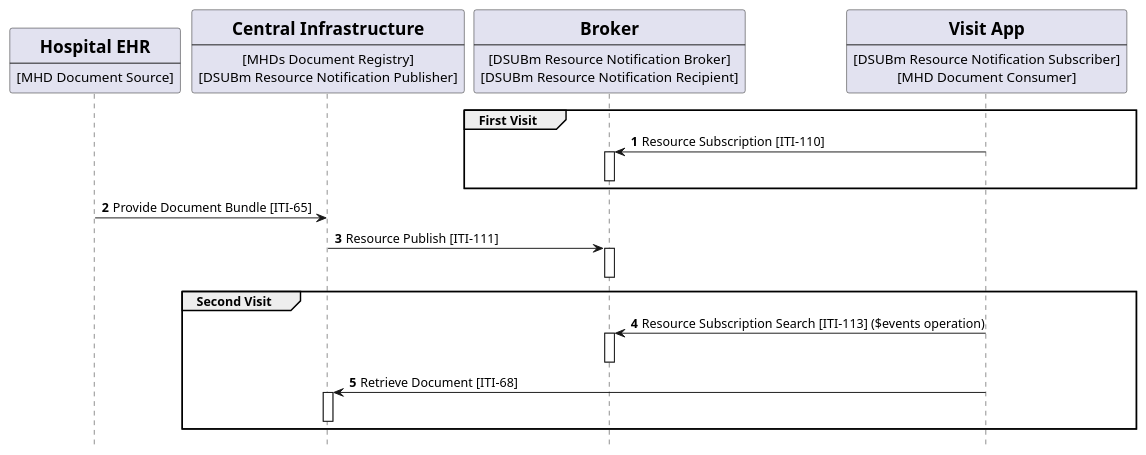
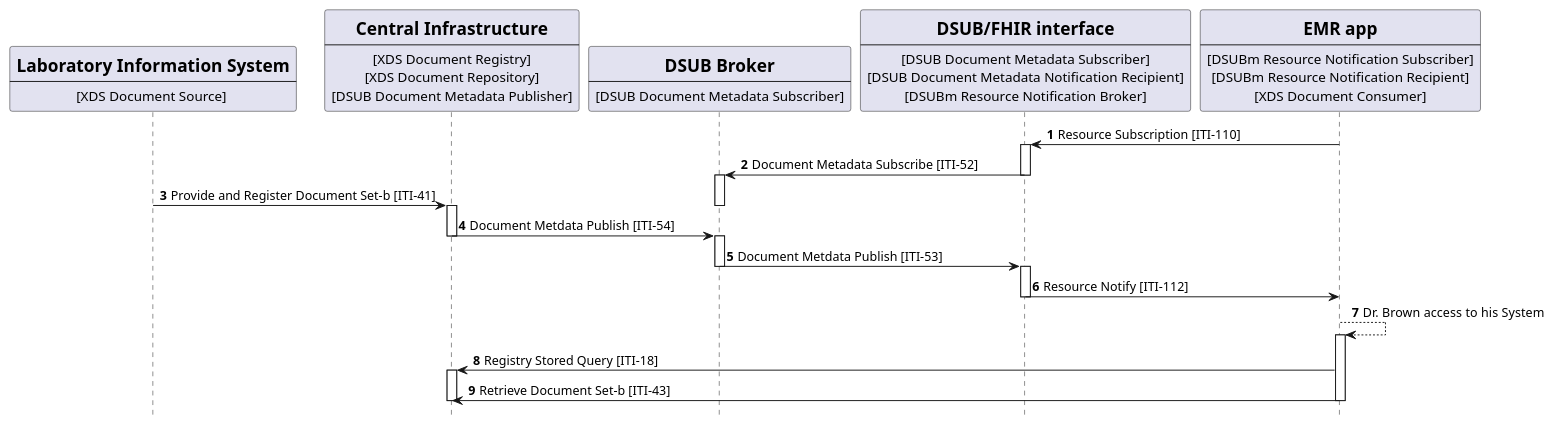
The diagram in input/images-source/usecase7-processflow.plantuml (IHE/ITI.DSUBm), drawn with PlantUML before and after one commit. The commit also changed 1 other file, not shown here.

```diff
--- a/input/images-source/usecase7-processflow.plantuml
+++ b/input/images-source/usecase7-processflow.plantuml
@@ -1,55 +1,80 @@
 @startuml
 skinparam svgDimensionStyle false
 hide footbox
+/' title "patientDependent Subscription" '/
 
-/'title "Subscription with DSUBm on MHDs infrastructure with pull notification" '/
-participant HospitalEHR [
-    = Hospital EHR
-    ----
-    [MHD Document Source]
+participant Source [
+ = Laboratory Information System
+ ----
+ [XDS Document Source] 
+]
+
+participant Central [
+  =Central Infrastructure
+  ----
+  [XDS Document Registry]
+  [XDS Document Repository]
+  [DSUB Document Metadata Publisher]
+]
+
+participant Broker [
+ = DSUB Broker
+ ----
+ [DSUB Document Metadata Subscriber]
+]
+
+participant DSUBFHIR [
+  =DSUB/FHIR interface
+  ----
+  [DSUB Document Metadata Subscriber]
+  [DSUB Document Metadata Notification Recipient]
+  [DSUBm Resource Notification Broker]
+]
+
+participant Subscriber [
+  = EMR app
+  ----
+  [DSUBm Resource Notification Subscriber]
+  [DSUBm Resource Notification Recipient]
+  [XDS Document Consumer]
 ] 
 
-participant MHDsDocumentRegistry [
-    =Central Infrastructure
-    ----
-    [MHDs Document Registry]
-    [DSUBm Resource Notification Publisher]
-] 
 
-participant Broker[
-    = Broker
-    ----
-    [DSUBm Resource Notification Broker]
-    [DSUBm Resource Notification Recipient]
-]
-
-participant App [
-    = Visit App
-    ----
-    [DSUBm Resource Notification Subscriber]
-    [MHD Document Consumer]
-] 
 
 autonumber "<b>"
-group First Visit
-  App -> Broker:   Resource Subscription [ITI-110]
-  activate Broker
-  deactivate Broker
-end
-HospitalEHR -> MHDsDocumentRegistry:  Provide Document Bundle [ITI-65]
-MHDsDocumentRegistry -> Broker : Resource Publish [ITI-111]
+Subscriber -> DSUBFHIR: Resource Subscription [ITI-110]
+activate DSUBFHIR
+
+DSUBFHIR -> Broker:Document Metadata Subscribe [ITI-52]
+deactivate DSUBFHIR
 activate Broker
-deactivate Broker
 
 
-group Second Visit
-  App -> Broker: Resource Subscription Search [ITI-113] ($events operation)
-  activate Broker
-  deactivate Broker
-  App -> MHDsDocumentRegistry: Retrieve Document [ITI-68]
-  activate MHDsDocumentRegistry
-  deactivate MHDsDocumentRegistry
-end
+
+Source -> Central: Provide and Register Document Set-b [ITI-41] 
+deactivate Broker
+deactivate Broker
+activate Central
 
 
+Central -> Broker: Document Metdata Publish [ITI-54]
+deactivate Central
+activate Broker 
+
+
+Broker -> DSUBFHIR: Document Metdata Publish [ITI-53]
+deactivate Broker
+activate DSUBFHIR
+
+
+DSUBFHIR ->Subscriber: Resource Notify [ITI-112]
+deactivate DSUBFHIR
+
+Subscriber --> Subscriber: Dr. Brown access to his System
+Activate Subscriber
+Subscriber -> Central: Registry Stored Query [ITI-18]
+activate Central
+Subscriber -> Central: Retrieve Document Set-b [ITI-43]
+deactivate Central
+deactivate Subscriber
 @enduml
```
